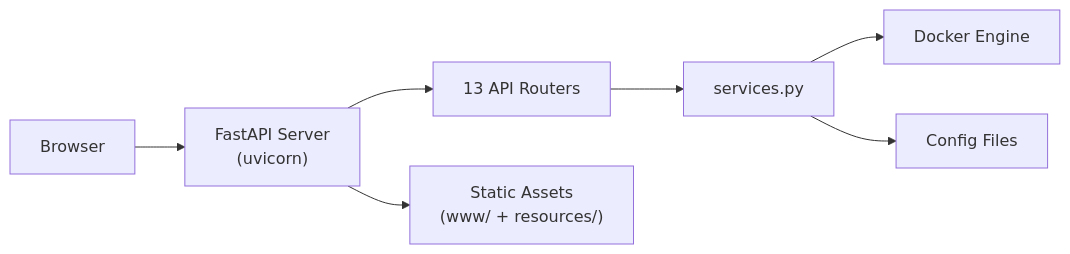
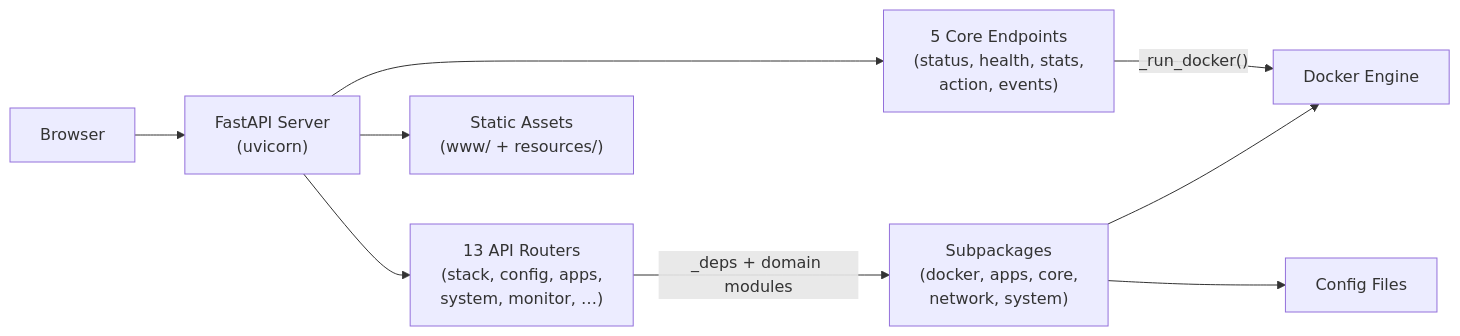
One commit to MRColorR/money4band changed the diagram in docs/dashboard-api.md. Above: the diagram before and after it, drawn with Mermaid. The commit also changed other lines of this file and 31 other files, not shown here.

````diff
--- a/docs/dashboard-api.md
+++ b/docs/dashboard-api.md
@@ -119,9 +162,11 @@
 ```mermaid
 flowchart LR
     Browser --> FastAPI["FastAPI Server\n(uvicorn)"]
-    FastAPI --> Routers["13 API Routers"]
-    Routers --> Services["services.py"]
-    Services --> Docker["Docker Engine"]
-    Services --> Config["Config Files"]
+    FastAPI --> CoreRoutes["5 Core Endpoints\n(status, health, stats,\naction, events)"]
+    FastAPI --> Routers["13 API Routers\n(stack, config, apps,\nsystem, monitor, …)"]
+    CoreRoutes -->|"_run_docker()"| Docker["Docker Engine"]
+    Routers -->|"_deps + domain modules"| Domain["Subpackages\n(docker, apps, core,\nnetwork, system)"]
+    Domain --> Docker
+    Domain --> Config["Config Files"]
     FastAPI --> Static["Static Assets\n(www/ + resources/)"]
 ```
````
